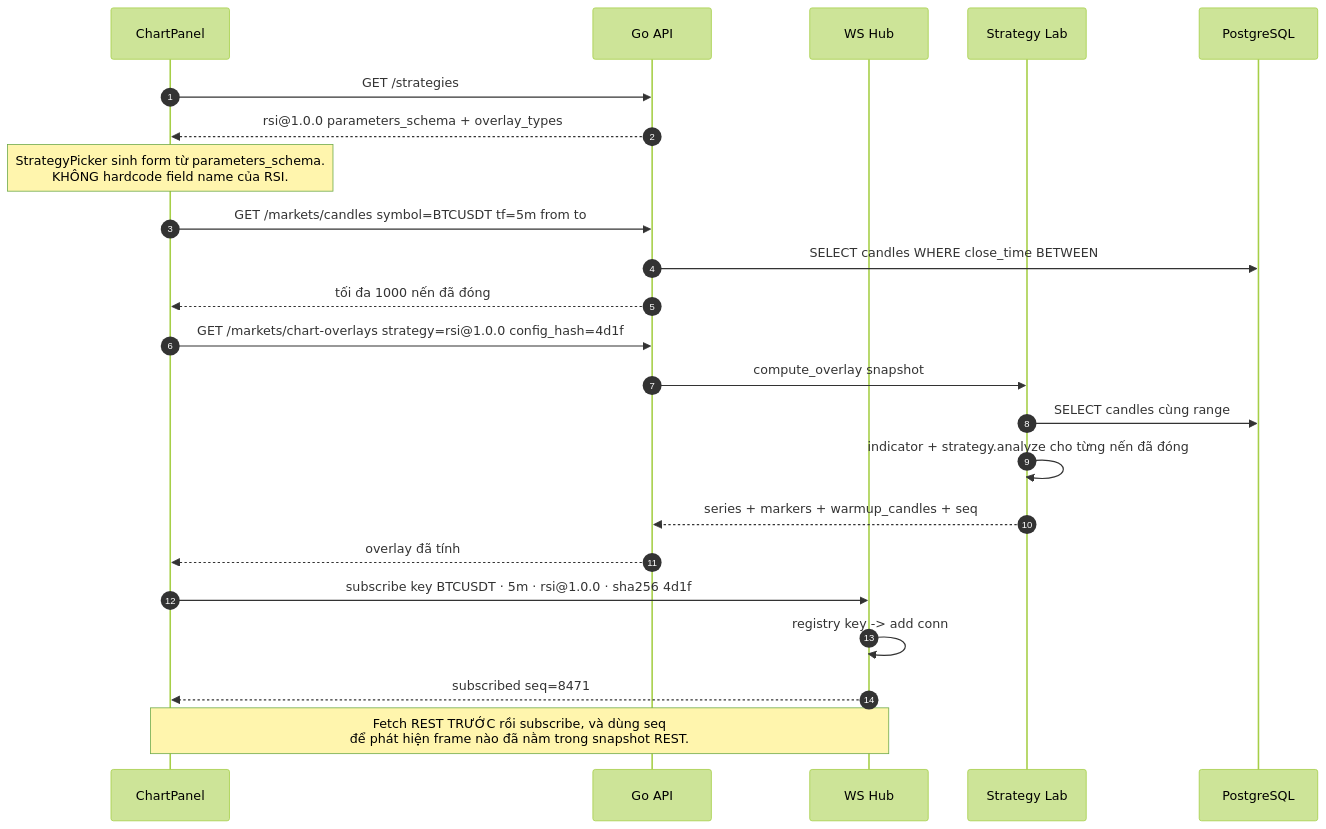
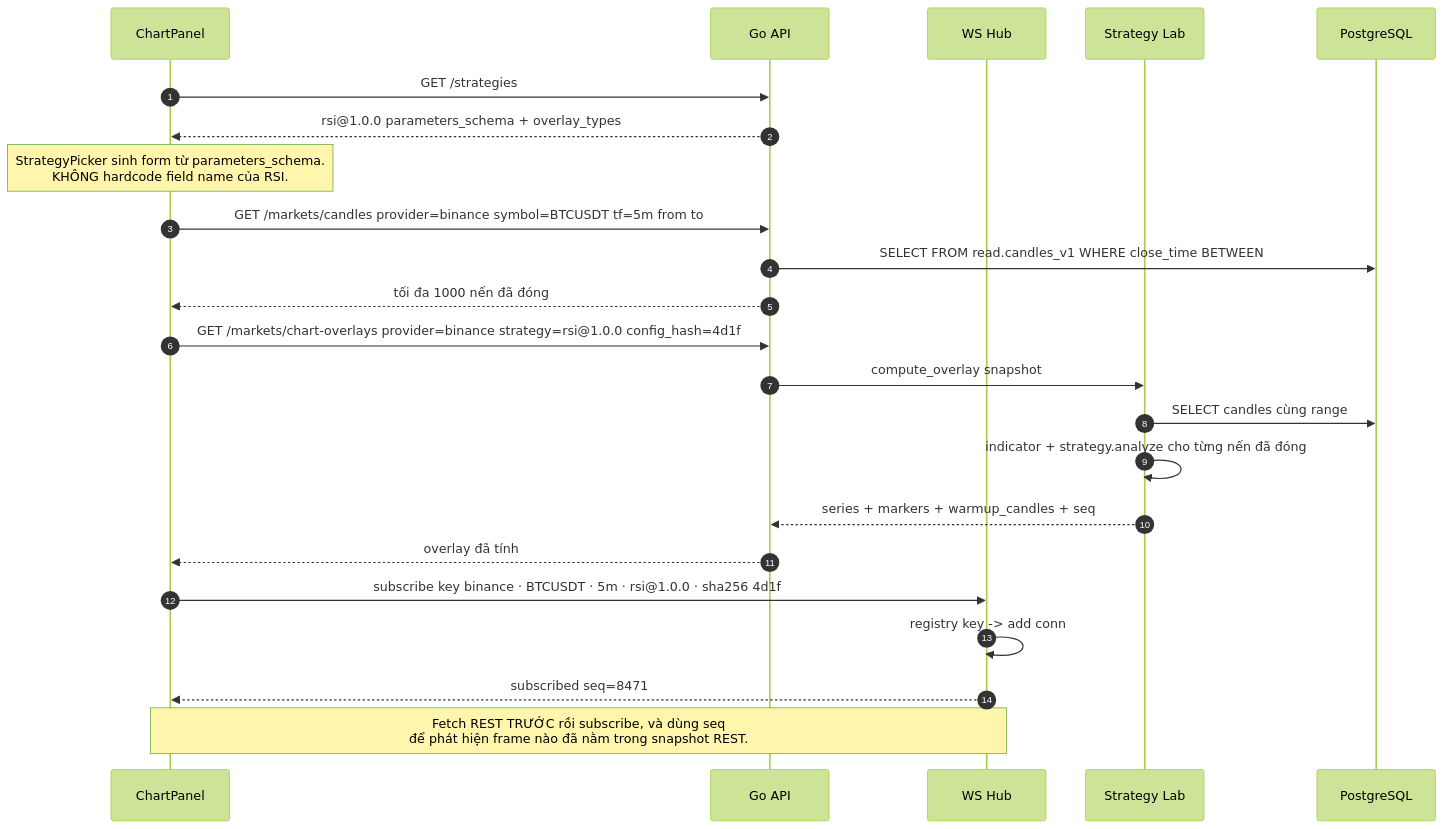
The first of 2 diagrams in blueprint/specs/chart-overlay.md (EnsoTech-Studio/CryptoBot), drawn with Mermaid (forest theme) before and after one commit. The commit also changed other lines of this file and 59 other files, not shown here.

Commit message:
update(blueprint): finalize architecture contracts

````diff
--- a/blueprint/specs/chart-overlay.md
+++ b/blueprint/specs/chart-overlay.md
@@ -170,29 +172,29 @@
 ```mermaid
 sequenceDiagram
     autonumber
     participant P as ChartPanel
     participant API as Go API
     participant WS as WS Hub
     participant LAB as Strategy Lab
     participant DB as PostgreSQL
 
     P->>API: GET /strategies
     API-->>P: rsi@1.0.0 parameters_schema + overlay_types
     Note over P: StrategyPicker sinh form từ parameters_schema.<br/>KHÔNG hardcode field name của RSI.
 
-    P->>API: GET /markets/candles symbol=BTCUSDT tf=5m from to
-    API->>DB: SELECT candles WHERE close_time BETWEEN
+    P->>API: GET /markets/candles provider=binance symbol=BTCUSDT tf=5m from to
+    API->>DB: SELECT FROM read.candles_v1 WHERE close_time BETWEEN
     API-->>P: tối đa 1000 nến đã đóng
 
-    P->>API: GET /markets/chart-overlays strategy=rsi@1.0.0 config_hash=4d1f
+    P->>API: GET /markets/chart-overlays provider=binance strategy=rsi@1.0.0 config_hash=4d1f
     API->>LAB: compute_overlay snapshot
     LAB->>DB: SELECT candles cùng range
     LAB->>LAB: indicator + strategy.analyze cho từng nến đã đóng
     LAB-->>API: series + markers + warmup_candles + seq
     API-->>P: overlay đã tính
 
-    P->>WS: subscribe key BTCUSDT · 5m · rsi@1.0.0 · sha256 4d1f
+    P->>WS: subscribe key binance · BTCUSDT · 5m · rsi@1.0.0 · sha256 4d1f
     WS->>WS: registry key -> add conn
     WS-->>P: subscribed seq=8471
     Note over P,WS: Fetch REST TRƯỚC rồi subscribe, và dùng seq<br/>để phát hiện frame nào đã nằm trong snapshot REST.
 ```
````
